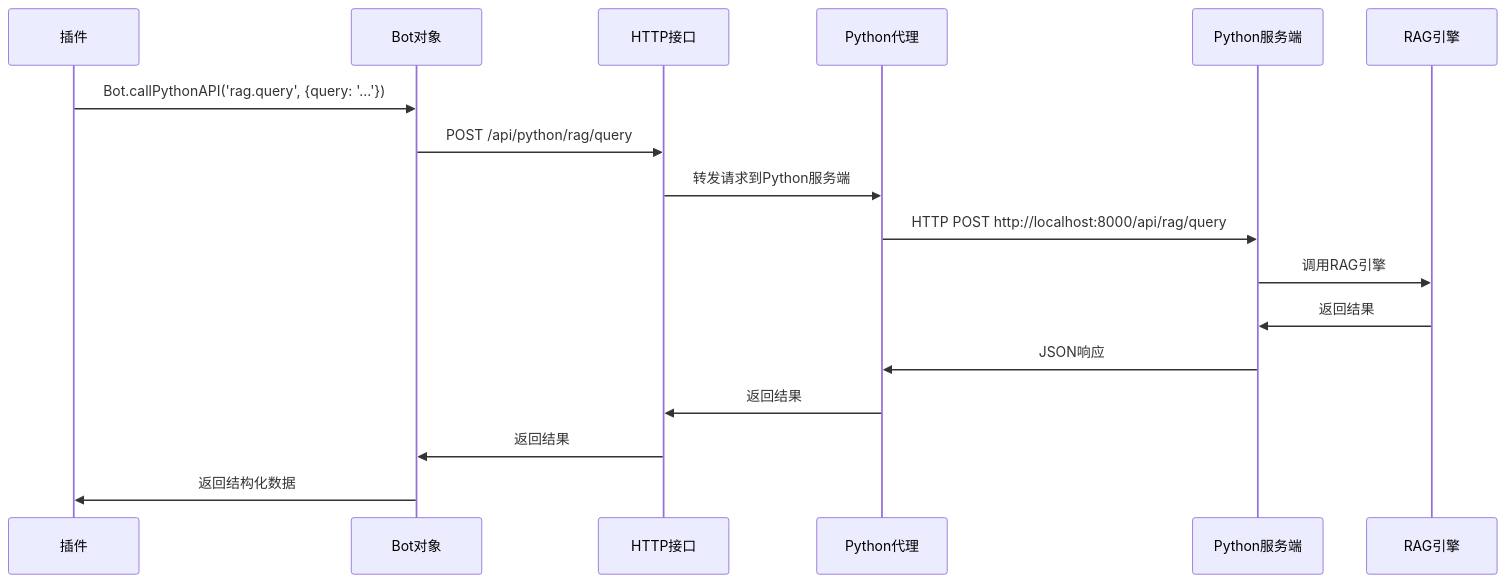
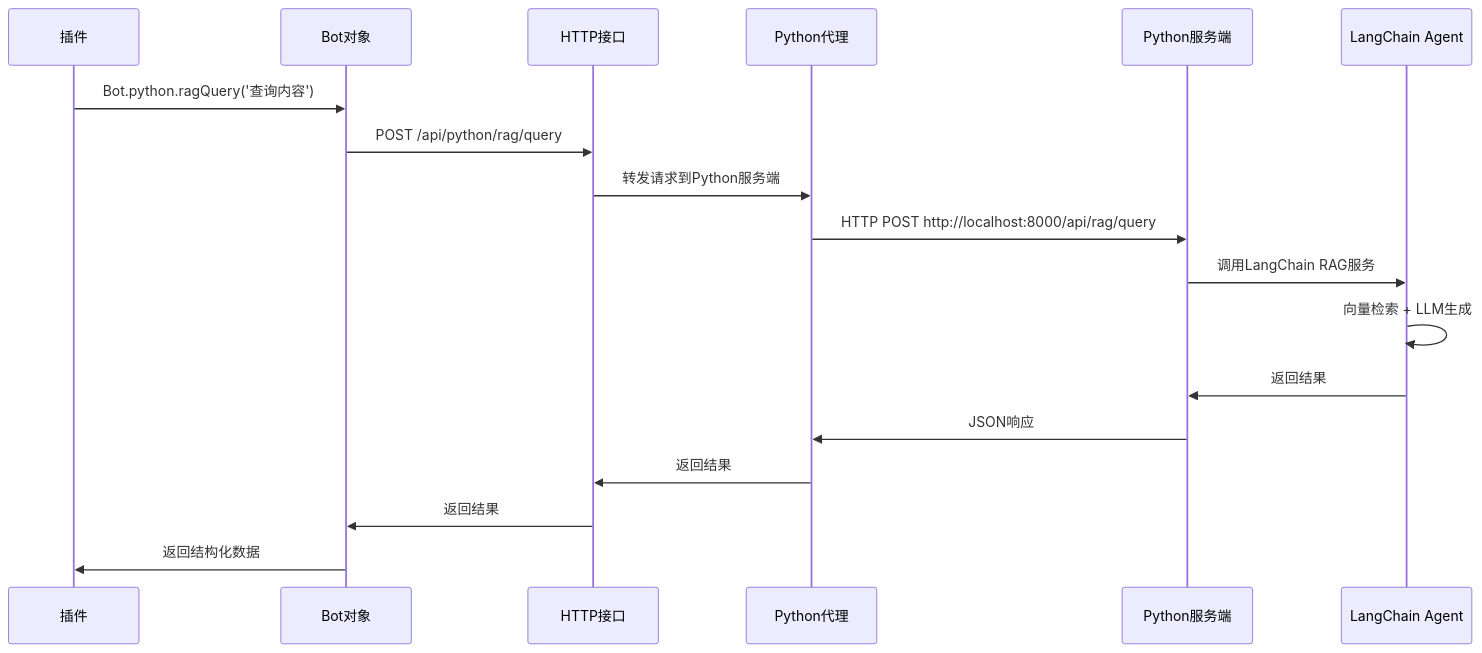
Before and after one commit to sunflowermm/XRK-AGT: the second of 6 diagrams in docs/future-architecture-2025.md, drawn with Mermaid. The commit also changed other lines of this file, not shown here.

````diff
--- a/docs/future-architecture-2025.md
+++ b/docs/future-architecture-2025.md
@@ -75,20 +84,21 @@
 ```mermaid
 sequenceDiagram
     participant Plugin as 插件
     participant Bot as Bot对象
     participant API as HTTP接口
     participant Proxy as Python代理
     participant Python as Python服务端
-    participant RAG as RAG引擎
+    participant LangChain as LangChain Agent
     
-    Plugin->>Bot: Bot.callPythonAPI('rag.query', {query: '...'})
+    Plugin->>Bot: Bot.python.ragQuery('查询内容')
     Bot->>API: POST /api/python/rag/query
     API->>Proxy: 转发请求到Python服务端
     Proxy->>Python: HTTP POST http://localhost:8000/api/rag/query
-    Python->>RAG: 调用RAG引擎
-    RAG->>Python: 返回结果
+    Python->>LangChain: 调用LangChain RAG服务
+    LangChain->>LangChain: 向量检索 + LLM生成
+    LangChain->>Python: 返回结果
     Python->>Proxy: JSON响应
     Proxy->>API: 返回结果
     API->>Bot: 返回结果
     Bot->>Plugin: 返回结构化数据
 ```
````
